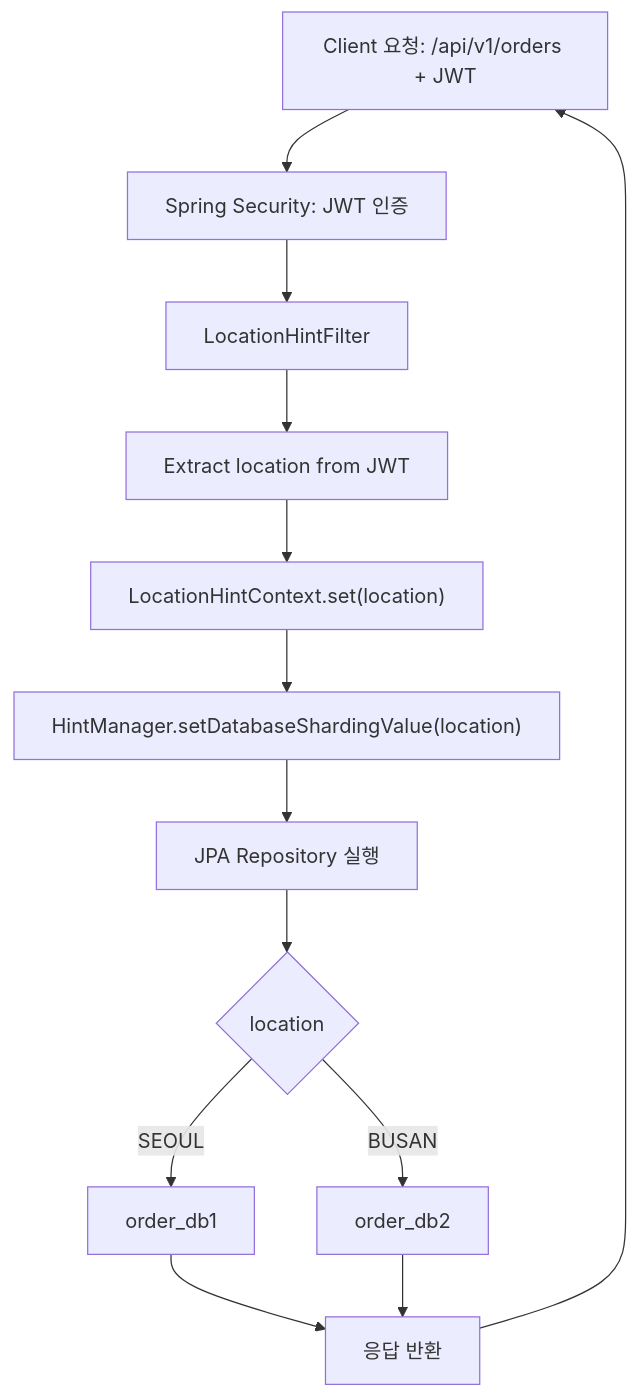
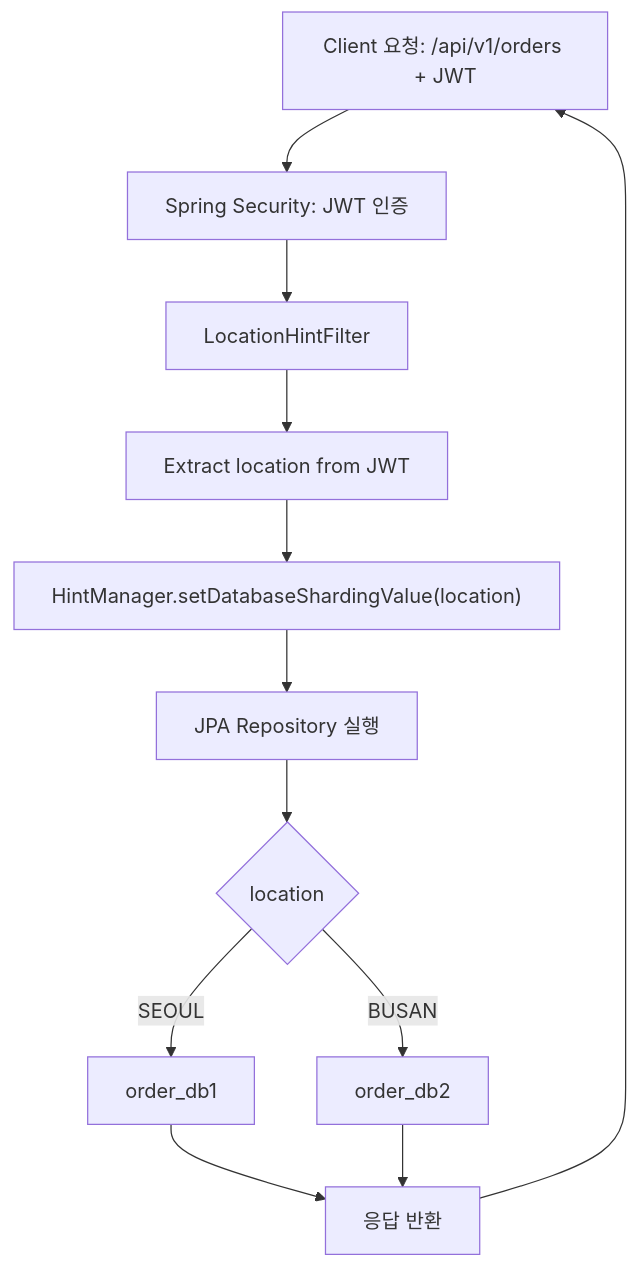
Before and after one commit to Susukkekki/shardingsphere-sample: the third of 3 diagrams in README.md, drawn with Mermaid. The commit also changed other lines of this file, not shown here.

````diff
--- a/README.md
+++ b/README.md
@@ -58,15 +172,14 @@
 ```mermaid
 flowchart TD
   A[Client 요청: /api/v1/orders + JWT] --> B[Spring Security: JWT 인증]
   B --> C[LocationHintFilter]
   C --> D["Extract location from JWT"]
-  D --> E["LocationHintContext.set(location)"]
-  E --> F["HintManager.setDatabaseShardingValue(location)"]
+  D --> F["HintManager.setDatabaseShardingValue(location)"]
   F --> G[JPA Repository 실행]
   G --> H{location}
   H -->|SEOUL| I[order_db1]
   H -->|BUSAN| J[order_db2]
   I --> K[응답 반환]
   J --> K
   K --> A
 ```
````
